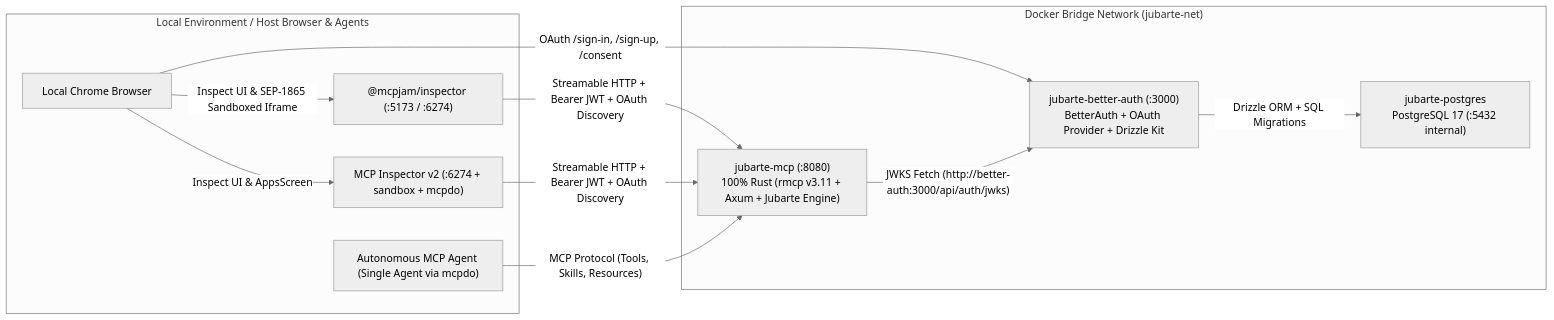
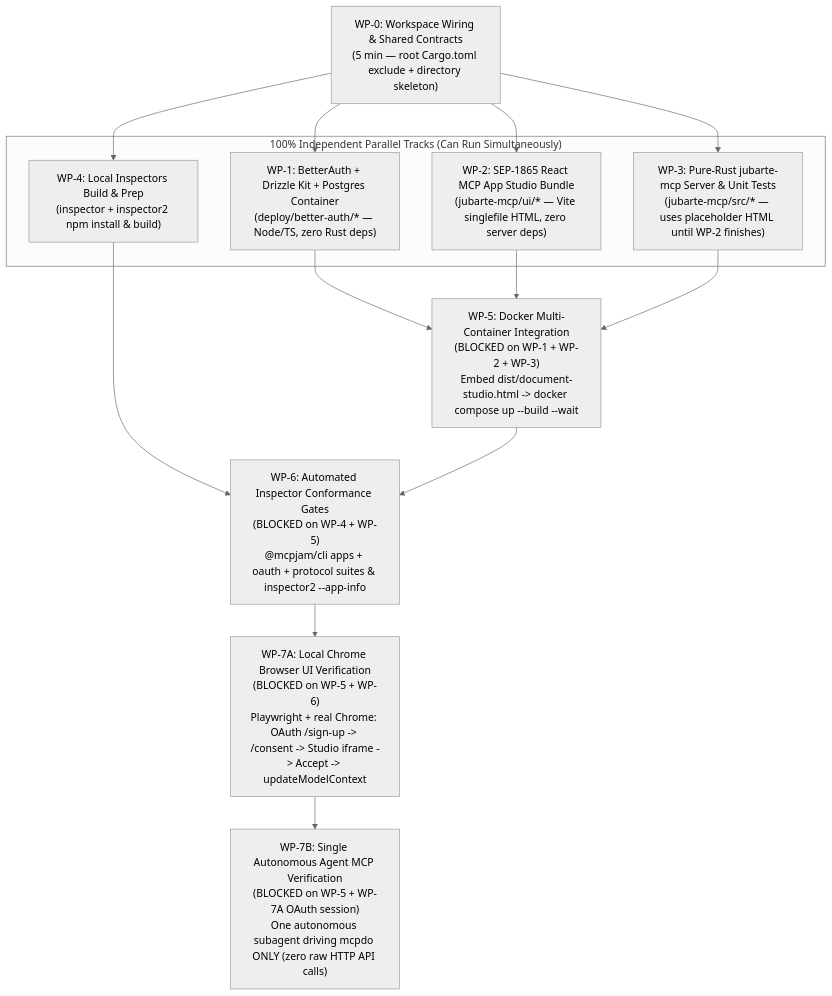
The diagram in docs/design/mcp-apps-oauth/PLAN.md (arthrod/jubarte), drawn with Mermaid (neutral theme) before and after one commit. The commit also changed other lines of this file, not shown here.

````diff
--- a/docs/design/mcp-apps-oauth/PLAN.md
+++ b/docs/design/mcp-apps-oauth/PLAN.md
@@ -34,24 +41,28 @@
 ```mermaid
-flowchart LR
-  subgraph Host["Local Environment / Host Browser & Agents"]
-    Browser["Local Chrome Browser"]
-    MCPJam["@mcpjam/inspector (:5173 / :6274)"]
-    Insp2["MCP Inspector v2 (:6274 + sandbox + mcpdo)"]
-    Agent["Autonomous MCP Agent (Single Agent via mcpdo)"]
+flowchart TD
+  WP0["WP-0: Workspace Wiring & Shared Contracts\n(5 min — root Cargo.toml exclude + directory skeleton)"]
+
+  subgraph Parallel["100% Independent Parallel Tracks (Can Run Simultaneously)"]
+    WP1["WP-1: BetterAuth + Drizzle Kit + Postgres Container\n(deploy/better-auth/* — Node/TS, zero Rust deps)"]
+    WP2["WP-2: SEP-1865 React MCP App Studio Bundle\n(jubarte-mcp/ui/* — Vite singlefile HTML, zero server deps)"]
+    WP3["WP-3: Pure-Rust jubarte-mcp Server & Unit Tests\n(jubarte-mcp/src/* — uses placeholder HTML until WP-2 finishes)"]
+    WP4["WP-4: Local Inspectors Build & Prep\n(inspector + inspector2 npm install & build)"]
   end
 
-  subgraph Docker["Docker Bridge Network (jubarte-net)"]
-    PG["jubarte-postgres\nPostgreSQL 17 (:5432 internal)"]
-    Auth["jubarte-better-auth (:3000)\nBetterAuth + OAuth Provider + Drizzle Kit"]
-    MCP["jubarte-mcp (:8080)\n100% Rust (rmcp v3.11 + Axum + Jubarte Engine)"]
-  end
+  WP5["WP-5: Docker Multi-Container Integration\n(BLOCKED on WP-1 + WP-2 + WP-3)\nEmbed dist/document-studio.html -> docker compose up --build --wait"]
+  WP6["WP-6: Automated Inspector Conformance Gates\n(BLOCKED on WP-4 + WP-5)\n@mcpjam/cli apps + oauth + protocol suites & inspector2 --app-info"]
+  WP7A["WP-7A: Local Chrome Browser UI Verification\n(BLOCKED on WP-5 + WP-6)\nPlaywright + real Chrome: OAuth /sign-up -> /consent -> Studio iframe -> Accept -> updateModelContext"]
+  WP7B["WP-7B: Single Autonomous Agent MCP Verification\n(BLOCKED on WP-5 + WP-7A OAuth session)\nOne autonomous subagent driving mcpdo ONLY (zero raw HTTP API calls)"]
 
-  Browser -->|"OAuth /sign-in, /sign-up, /consent"| Auth
-  Browser -->|"Inspect UI & SEP-1865 Sandboxed Iframe"| MCPJam
-  Browser -->|"Inspect UI & AppsScreen"| Insp2
-  Auth -->|"Drizzle ORM + SQL Migrations"| PG
-  MCP -->|"JWKS Fetch (http://better-auth:3000/api/auth/jwks)"| Auth
-  MCPJam -->|"Streamable HTTP + Bearer JWT + OAuth Discovery"| MCP
-  Insp2 -->|"Streamable HTTP + Bearer JWT + OAuth Discovery"| MCP
-  Agent -->|"MCP Protocol (Tools, Skills, Resources)"| MCP
+  WP0 --> WP1
+  WP0 --> WP2
+  WP0 --> WP3
+  WP0 --> WP4
+  WP1 --> WP5
+  WP2 --> WP5
+  WP3 --> WP5
+  WP4 --> WP6
+  WP5 --> WP6
+  WP6 --> WP7A
+  WP7A --> WP7B
 ```
````
